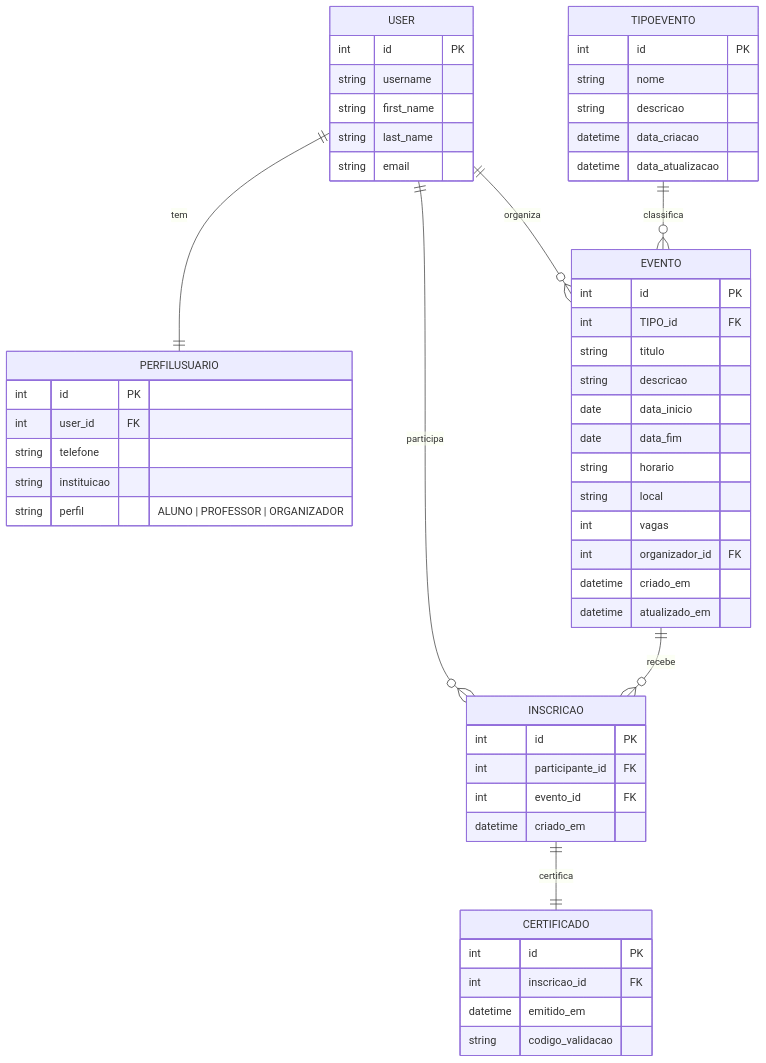
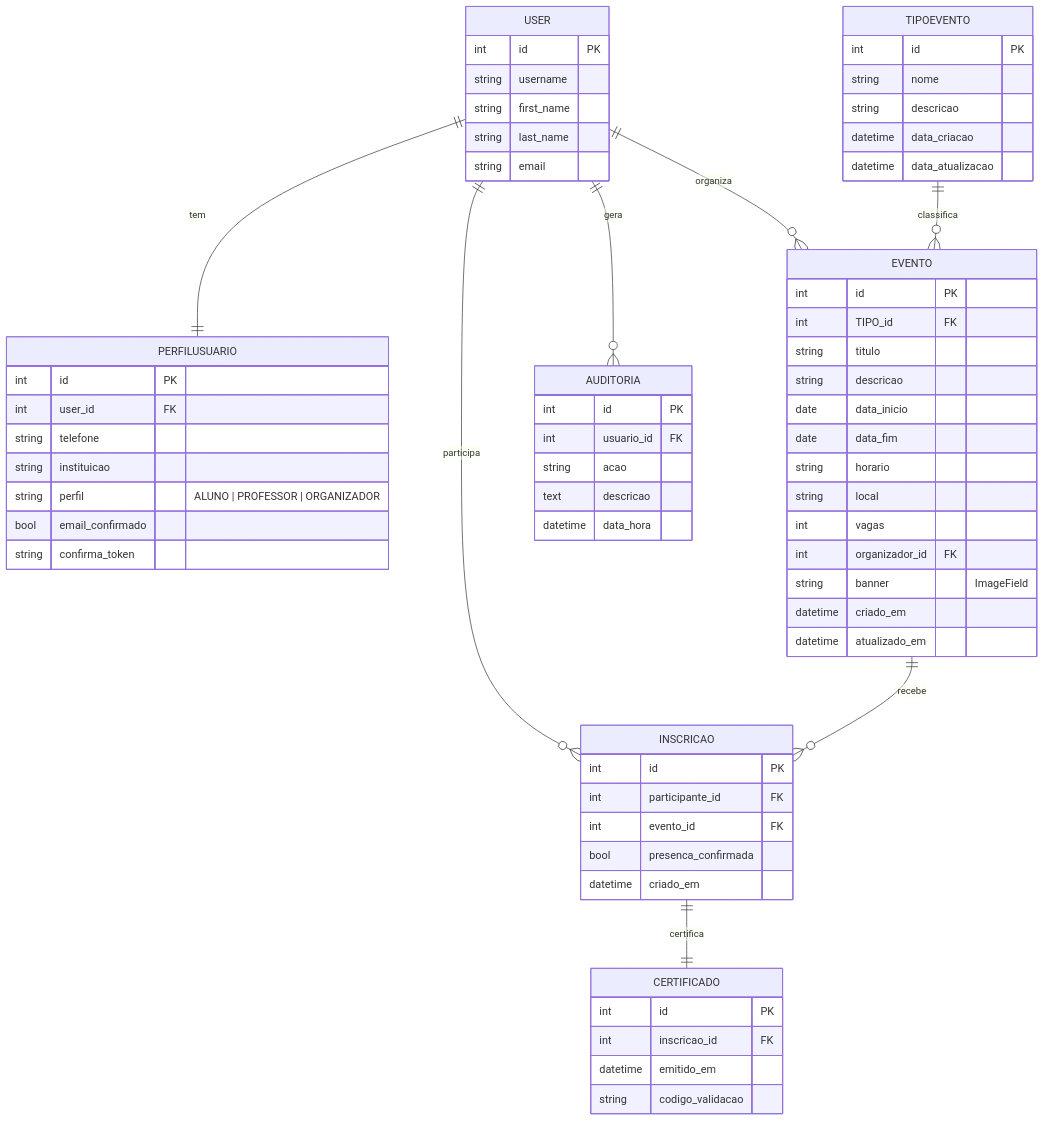
Before and after one commit to cassiap/ProjetoSGEA: the diagram in README.md, drawn with Mermaid. The commit also changed other lines of this file and 213 other files, not shown here.

````diff
--- a/README.md
+++ b/README.md
@@ -65,65 +225,77 @@
 ```mermaid
 erDiagram
     USER {
       int id PK
       string username
       string first_name
       string last_name
       string email
     }
 
     PERFILUSUARIO {
       int id PK
       int user_id FK
       string telefone
       string instituicao
       string perfil  "ALUNO | PROFESSOR | ORGANIZADOR"
+      bool  email_confirmado
+      string confirma_token
     }
 
     TIPOEVENTO {
       int id PK
       string nome
       string descricao
       datetime data_criacao
       datetime data_atualizacao
     }
 
     EVENTO {
       int id PK
       int TIPO_id FK
       string titulo
       string descricao
       date data_inicio
       date data_fim
       string horario
       string local
       int vagas
       int organizador_id FK
+      string banner  "ImageField"
       datetime criado_em
       datetime atualizado_em
     }
 
     INSCRICAO {
       int id PK
       int participante_id FK
       int evento_id FK
+      bool presenca_confirmada
       datetime criado_em
       %% UNIQUE(participante_id, evento_id)
     }
 
     CERTIFICADO {
       int id PK
       int inscricao_id FK
       datetime emitido_em
       string codigo_validacao
       %% UNIQUE(inscricao_id), UNIQUE(codigo_validacao)
     }
 
+    AUDITORIA {
+      int id PK
+      int usuario_id FK
+      string acao
+      text descricao
+      datetime data_hora
+    }
+
     TIPOEVENTO ||--o{ EVENTO : classifica
     USER ||--|| PERFILUSUARIO : "tem"
     USER ||--o{ EVENTO : "organiza"
     EVENTO ||--o{ INSCRICAO : "recebe"
     USER ||--o{ INSCRICAO : "participa"
     INSCRICAO ||--|| CERTIFICADO : "certifica"
-
+    USER ||--o{ AUDITORIA : "gera"
 ```
````
